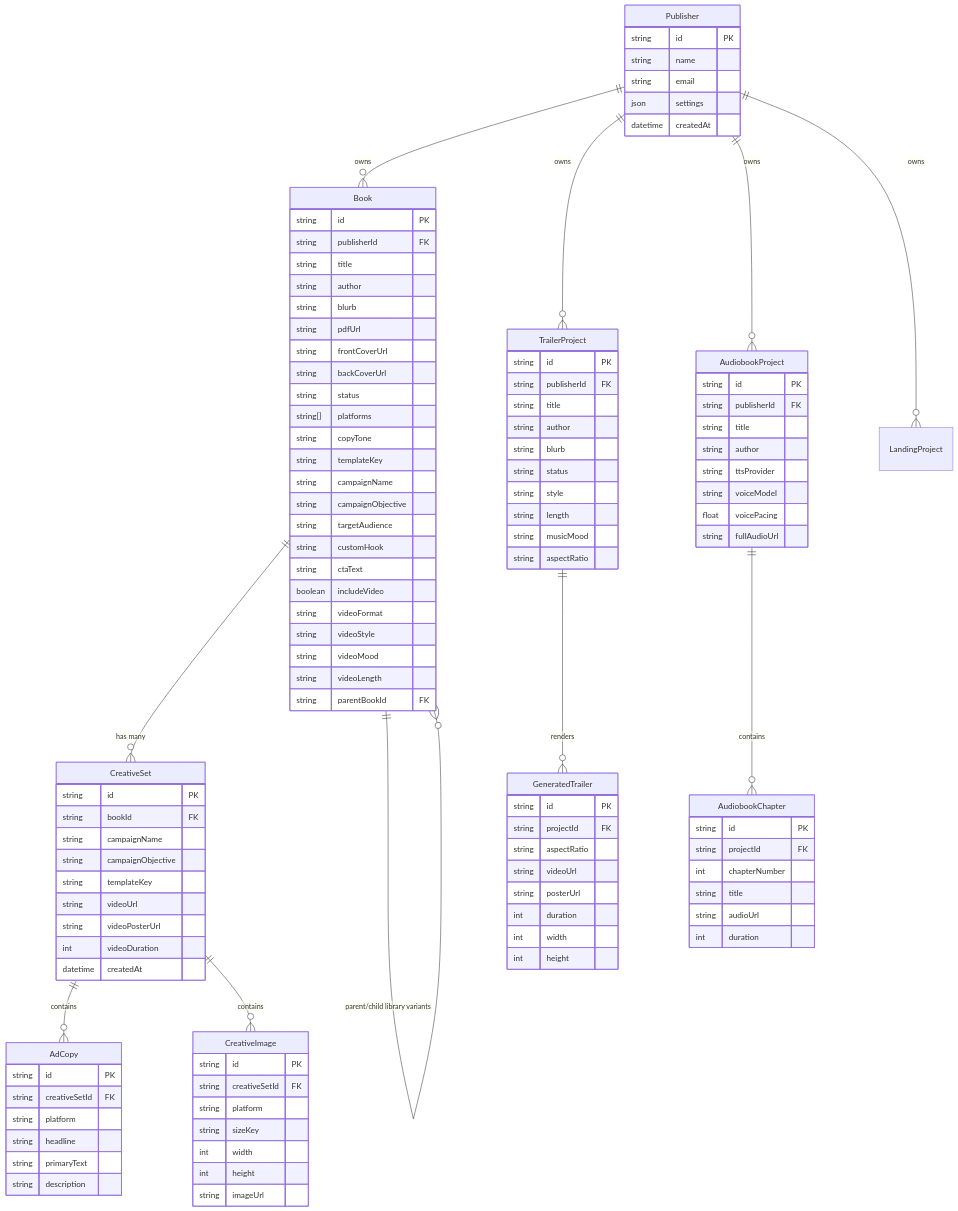
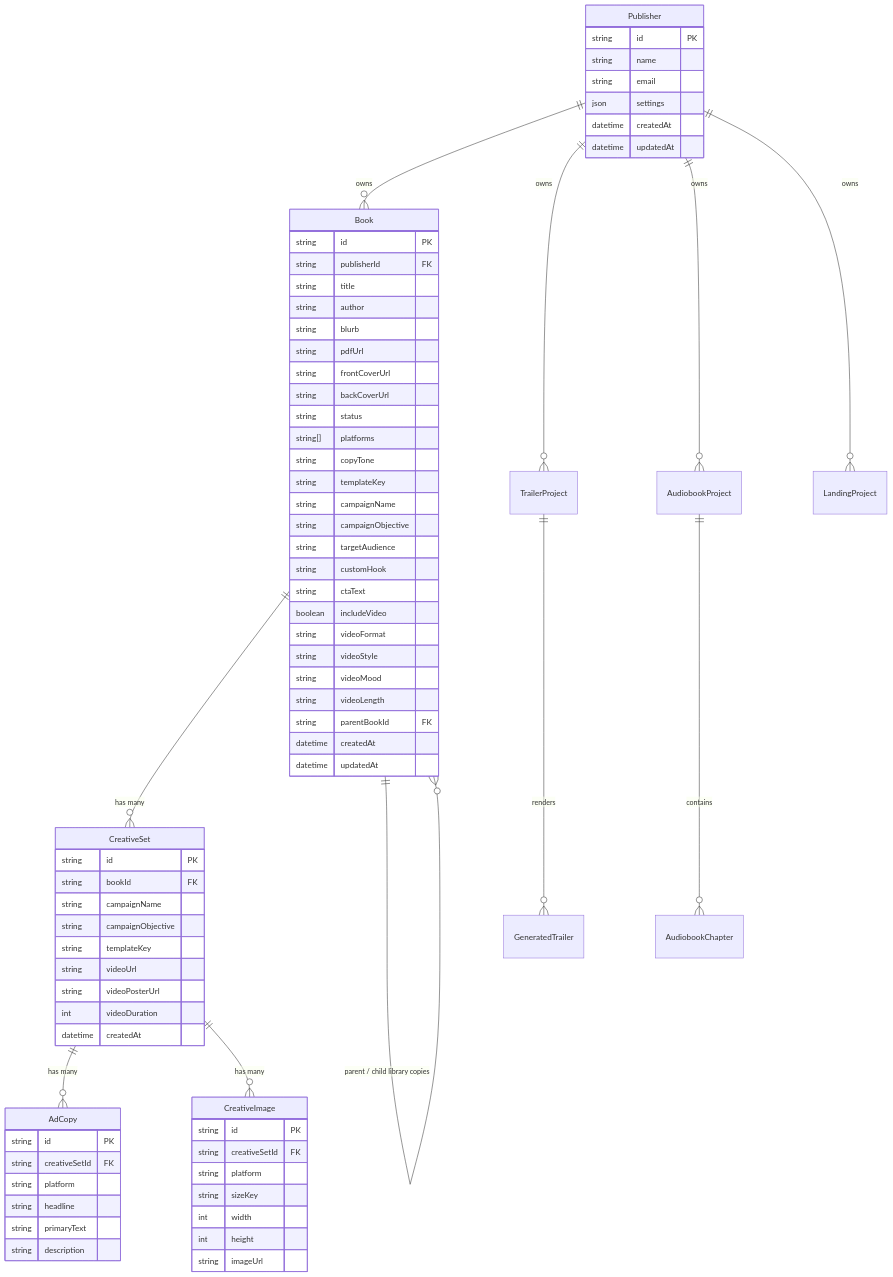
One commit to Vijendrapratap/Publisher_toolkit changed the fifth of 5 diagrams in docs/ARCHITECTURE_AND_FEATURES.md. Above: the diagram before and after it, drawn with Mermaid. The commit also changed other lines of this file, not shown here.

Commit message:
docs: add comprehensive platform architecture, lifecycle sequence diagrams, and feature guides

````diff
--- a/docs/ARCHITECTURE_AND_FEATURES.md
+++ b/docs/ARCHITECTURE_AND_FEATURES.md
@@ -218,10 +431,10 @@
     Publisher ||--o{ LandingProject : "owns"
 
     Book ||--o{ CreativeSet : "has many"
-    Book ||--o{ Book : "parent/child library variants"
+    Book ||--o{ Book : "parent / child library copies"
 
-    CreativeSet ||--o{ AdCopy : "contains"
-    CreativeSet ||--o{ CreativeImage : "contains"
+    CreativeSet ||--o{ AdCopy : "has many"
+    CreativeSet ||--o{ CreativeImage : "has many"
 
     TrailerProject ||--o{ GeneratedTrailer : "renders"
     AudiobookProject ||--o{ AudiobookChapter : "contains"
@@ -232,6 +445,7 @@
         string email
         json settings
         datetime createdAt
+        datetime updatedAt
     }
 
     Book {
@@ -258,6 +472,8 @@
         string videoMood
         string videoLength
         string parentBookId FK
+        datetime createdAt
+        datetime updatedAt
     }
 
     CreativeSet {
@@ -290,48 +506,4 @@
         int height
         string imageUrl
     }
-
-    TrailerProject {
-        string id PK
-        string publisherId FK
-        string title
-        string author
-        string blurb
-        string status
-        string style
-        string length
-        string musicMood
-        string aspectRatio
-    }
-
-    GeneratedTrailer {
-        string id PK
-        string projectId FK
-        string aspectRatio
-        string videoUrl
-        string posterUrl
-        int duration
-        int width
-        int height
-    }
-
-    AudiobookProject {
-        string id PK
-        string publisherId FK
-        string title
-        string author
-        string ttsProvider
-        string voiceModel
-        float voicePacing
-        string fullAudioUrl
-    }
-
-    AudiobookChapter {
-        string id PK
-        string projectId FK
-        int chapterNumber
-        string title
-        string audioUrl
-        int duration
-    }
 ```
````
